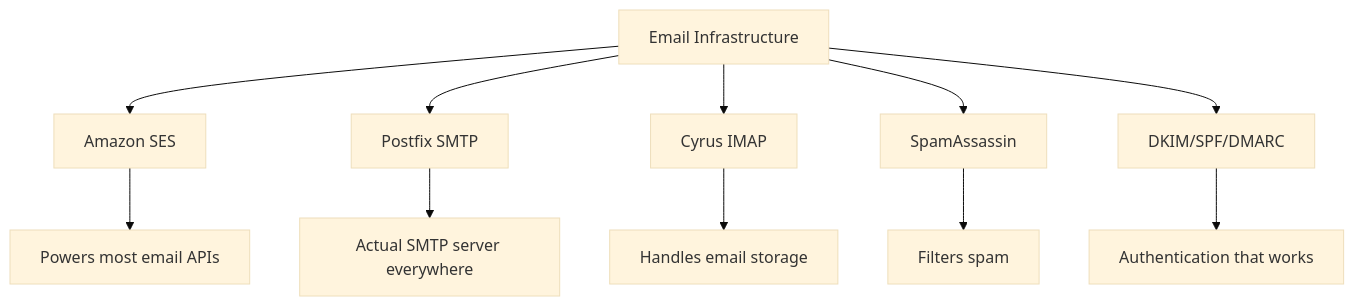
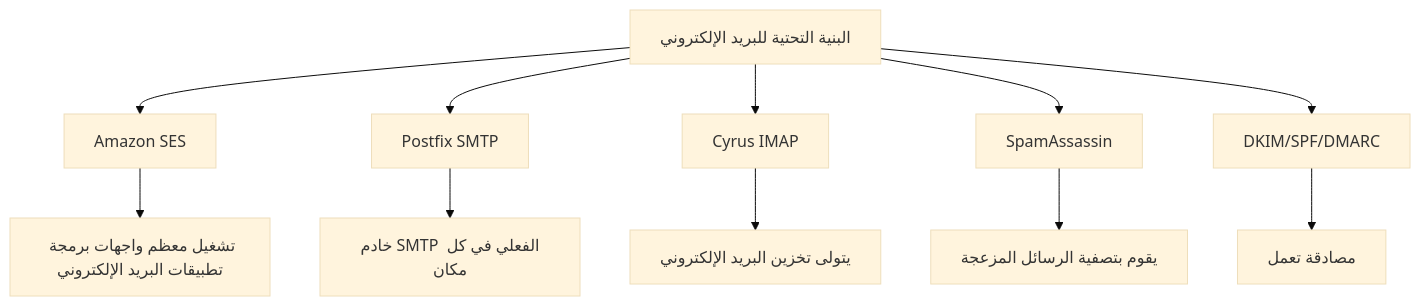
One commit to forwardemail/forwardemail.net changed the first of 10 diagrams in app/views/docs/email-startup-graveyard-why-80-percent-email-companies-fail/index-ar.md. Above: the diagram before and after it, drawn with Mermaid (base theme). The commit also changed other lines of this file and 1055 other files, not shown here.

````diff
--- a/app/views/docs/email-startup-graveyard-why-80-percent-email-companies-fail/index-ar.md
+++ b/app/views/docs/email-startup-graveyard-why-80-percent-email-companies-fail/index-ar.md
@@ -127,14 +126,14 @@
 ```mermaid
 graph TD
-    A[Email Infrastructure] --> B[Amazon SES]
+    A[البنية التحتية للبريد الإلكتروني] --> B[Amazon SES]
     A --> C[Postfix SMTP]
     A --> D[Cyrus IMAP]
     A --> E[SpamAssassin]
     A --> F[DKIM/SPF/DMARC]
 
-    B --> G[Powers most email APIs]
-    C --> H[Actual SMTP server everywhere]
-    D --> I[Handles email storage]
-    E --> J[Filters spam]
-    F --> K[Authentication that works]
+    B --> G[تشغيل معظم واجهات برمجة تطبيقات البريد الإلكتروني]
+    C --> H[خادم SMTP الفعلي في كل مكان]
+    D --> I[يتولى تخزين البريد الإلكتروني]
+    E --> J[يقوم بتصفية الرسائل المزعجة]
+    F --> K[مصادقة تعمل]
 ```
````
